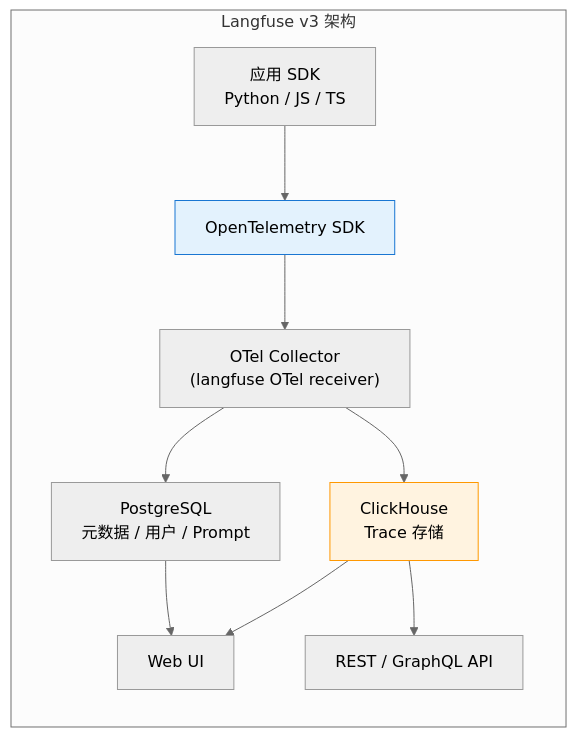
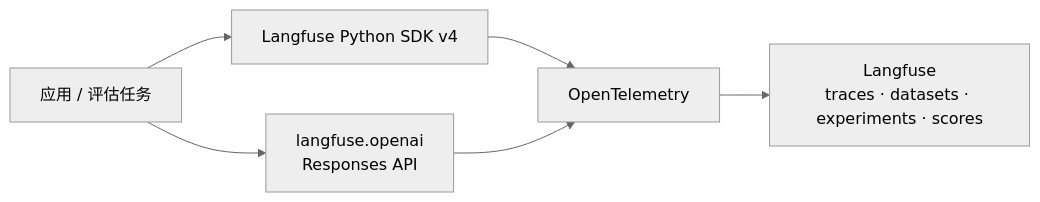
Before and after one commit to BeefWrap4/LLM-Knowledge-Base: diagram 11 of 13 in 17_大模型评估体系.md, drawn with Mermaid (neutral theme). The commit also changed other lines of this file and 454 other files, not shown here.

````diff
--- a/17_大模型评估体系.md
+++ b/17_大模型评估体系.md
@@ -1403,15 +1183,8 @@
 ```mermaid
 graph LR
-    subgraph "Langfuse v3 架构"
-        APP["应用 SDK<br/>Python / JS / TS"] --> SDK["OpenTelemetry SDK"]
-        SDK --> COLLECTOR["OTel Collector<br/>(langfuse OTel receiver)"]
-        COLLECTOR --> CH["ClickHouse<br/>Trace 存储"]
-        COLLECTOR --> PG["PostgreSQL<br/>元数据 / 用户 / Prompt"]
-        CH --> UI["Web UI"]
-        PG --> UI
-        CH --> API["REST / GraphQL API"]
-    end
-
-    style CH fill:#fff3e0,stroke:#ff9800
-    style SDK fill:#e3f2fd,stroke:#1976d2
+    APP["应用 / 评估任务"] --> SDK["Langfuse Python SDK v4"]
+    APP --> OAI["langfuse.openai<br/>Responses API"]
+    SDK --> OTEL["OpenTelemetry"]
+    OAI --> OTEL
+    OTEL --> LF["Langfuse<br/>traces · datasets · experiments · scores"]
 ```
````
